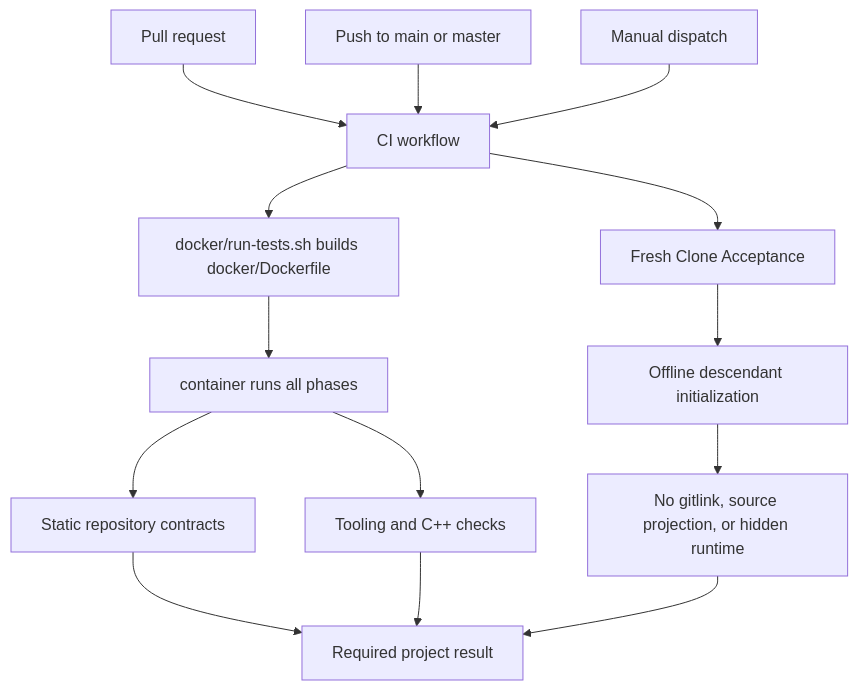
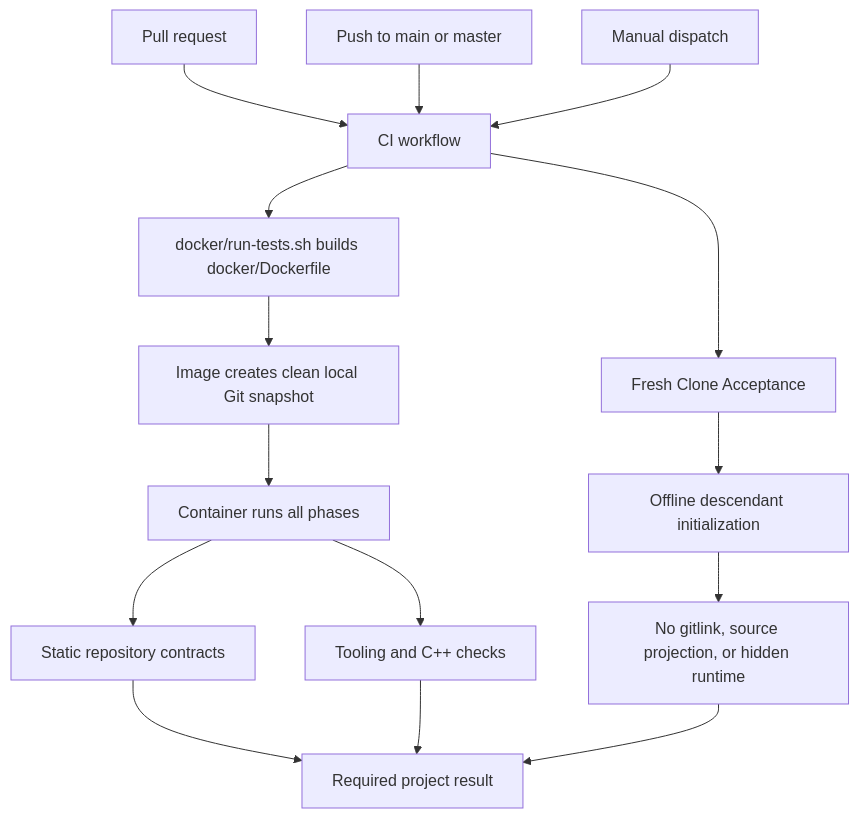
The diagram in documents/design/github-actions.md (iwashita-nozomu/project_template), drawn with Mermaid before and after one commit. The commit also changed other lines of this file, not shown here.

Commit message:
docs(#211): document image-local Git baseline in CI

````diff
--- a/documents/design/github-actions.md
+++ b/documents/design/github-actions.md
@@ -24,16 +24,17 @@
 ```mermaid
 flowchart TD
   pr[Pull request] --> ci[CI workflow]
   push[Push to main or master] --> ci
   manual[Manual dispatch] --> ci
   ci --> build[docker/run-tests.sh builds docker/Dockerfile]
-  build --> run[container runs all phases]
+  build --> snapshot[Image creates clean local Git snapshot]
+  snapshot --> run[Container runs all phases]
   run --> static[Static repository contracts]
   run --> portable[Tooling and C++ checks]
   ci --> fresh[Fresh Clone Acceptance]
   fresh --> init[Offline descendant initialization]
   init --> boundary[No gitlink, source projection, or hidden runtime]
   static --> result[Required project result]
   portable --> result
   boundary --> result
 ```
````
